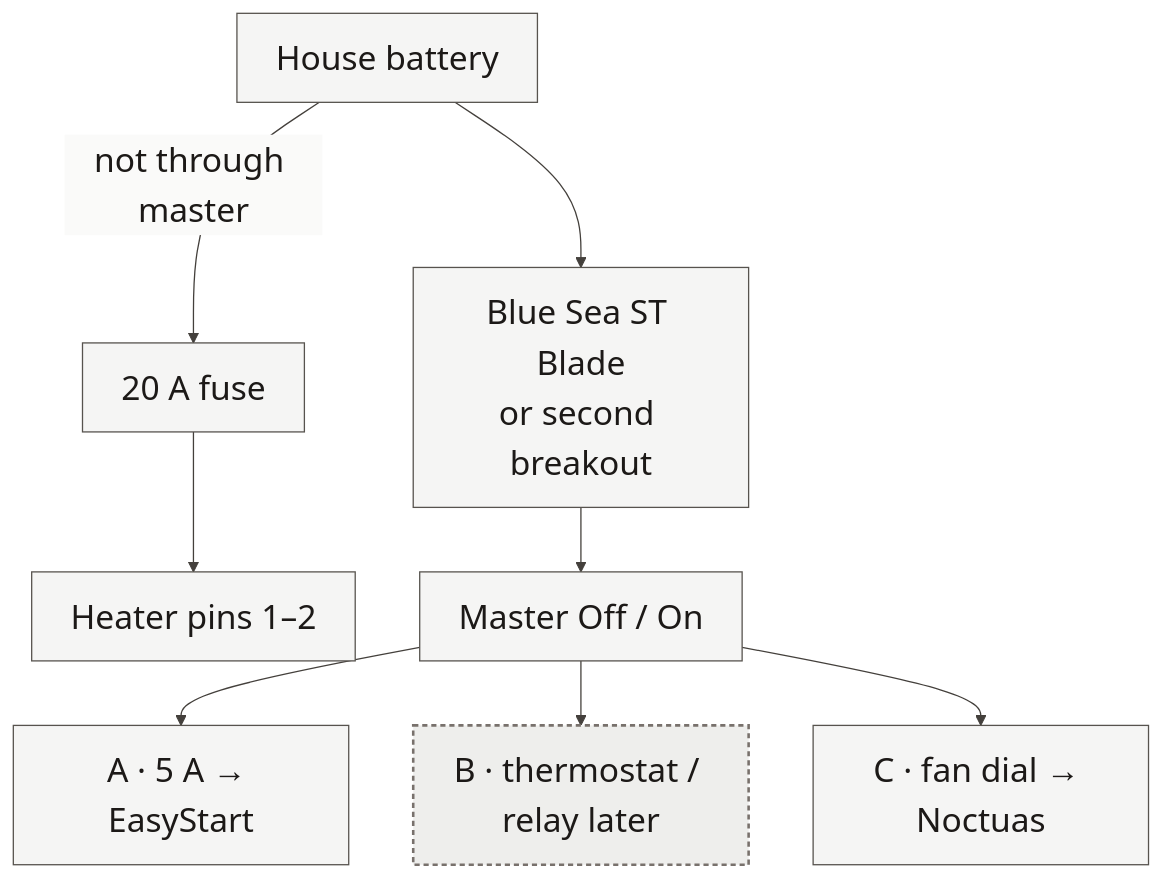
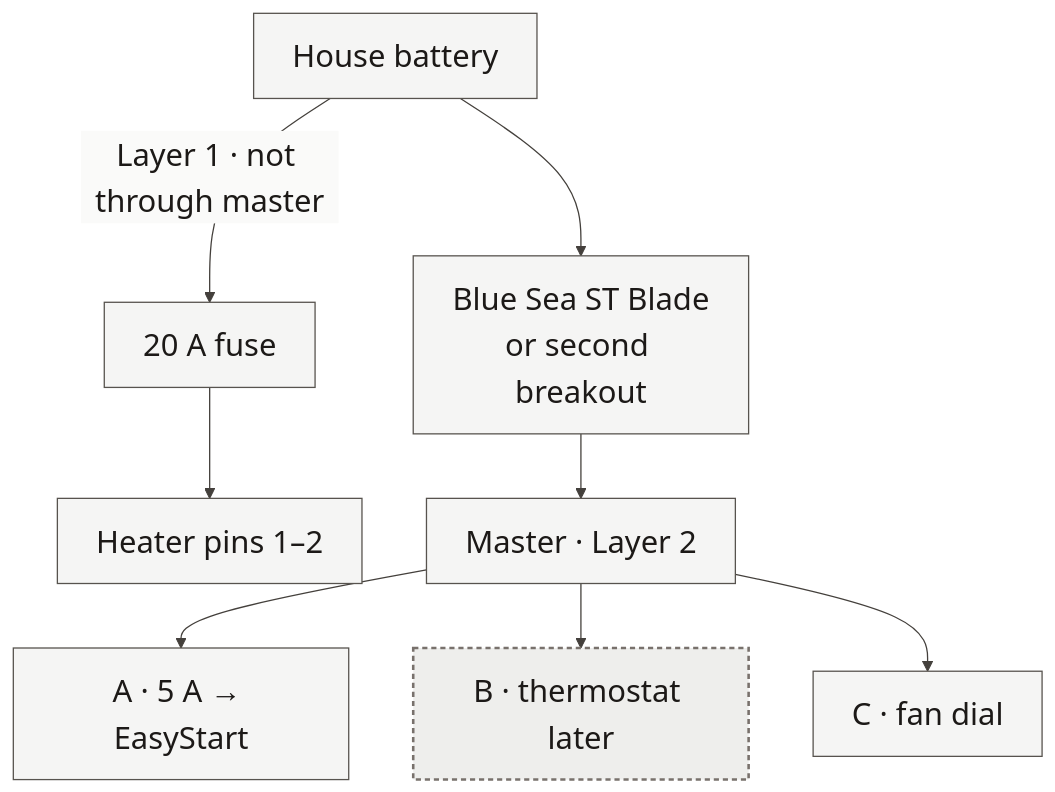
The diagram in book/diagrams/electrical-power.mmd (benracine/sprinter-heat), drawn with Mermaid before and after one commit. The commit also changed 10 other files, not shown here.

```diff
--- a/book/diagrams/electrical-power.mmd
+++ b/book/diagrams/electrical-power.mmd
@@ -1,15 +1,15 @@
-%%{init: {'theme':'base','themeVariables': {'background':'#fafaf9','primaryColor':'#f5f5f4','primaryTextColor':'#1c1917','primaryBorderColor':'#57534e','lineColor':'#44403c','secondaryColor':'#e7e5e4','tertiaryColor':'#eeeeec','fontFamily':'Avenir Next, Avenir, Helvetica Neue, sans-serif','fontSize':'26px','textColor':'#1c1917','mainBkg':'#f5f5f4','clusterBkg':'#eeeeec','clusterBorder':'#78716c','edgeLabelBackground':'#fafaf9'}}}%%
+%%{init: {'theme':'base','themeVariables': {'background':'#fafaf9','primaryColor':'#f5f5f4','primaryTextColor':'#1c1917','primaryBorderColor':'#57534e','lineColor':'#44403c','secondaryColor':'#e7e5e4','tertiaryColor':'#eeeeec','fontFamily':'Avenir Next, Avenir, Helvetica Neue, sans-serif','fontSize':'24px','textColor':'#1c1917','mainBkg':'#f5f5f4','clusterBkg':'#eeeeec','clusterBorder':'#78716c','edgeLabelBackground':'#fafaf9'}}}%%
 flowchart TB
   BAT["House battery"]
-  BAT -->|"not through master"| F20["20 A fuse"]
+  BAT -->|"Layer 1 · not through master"| F20["20 A fuse"]
   F20 --> S12["Heater pins 1–2"]
   BAT --> BS["Blue Sea ST Blade<br/>or second breakout"]
-  BS --> SW["Master Off / On"]
+  BS --> SW["Master · Layer 2"]
   SW --> A["A · 5 A → EasyStart"]
-  SW --> B["B · thermostat / relay later"]
-  SW --> C["C · fan dial → Noctuas"]
+  SW --> B["B · thermostat later"]
+  SW --> C["C · fan dial"]
 
   classDef solid fill:#f5f5f4,stroke:#57534e,stroke-width:1px,color:#1c1917;
   classDef open fill:#eeeeec,stroke:#78716c,stroke-width:2px,stroke-dasharray:4 3,color:#1c1917;
   class BAT,F20,S12,BS,SW,A,C solid;
   class B open;
```
